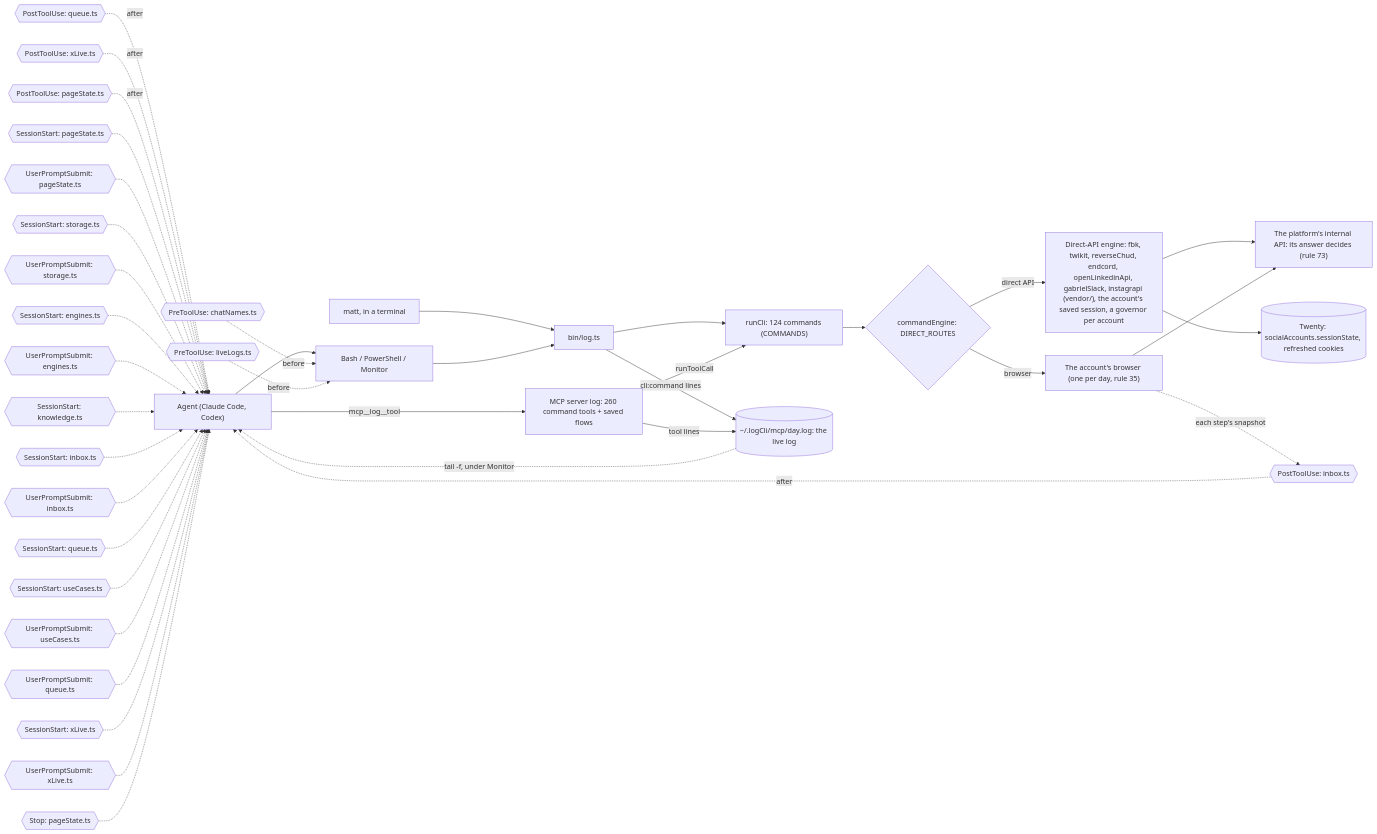
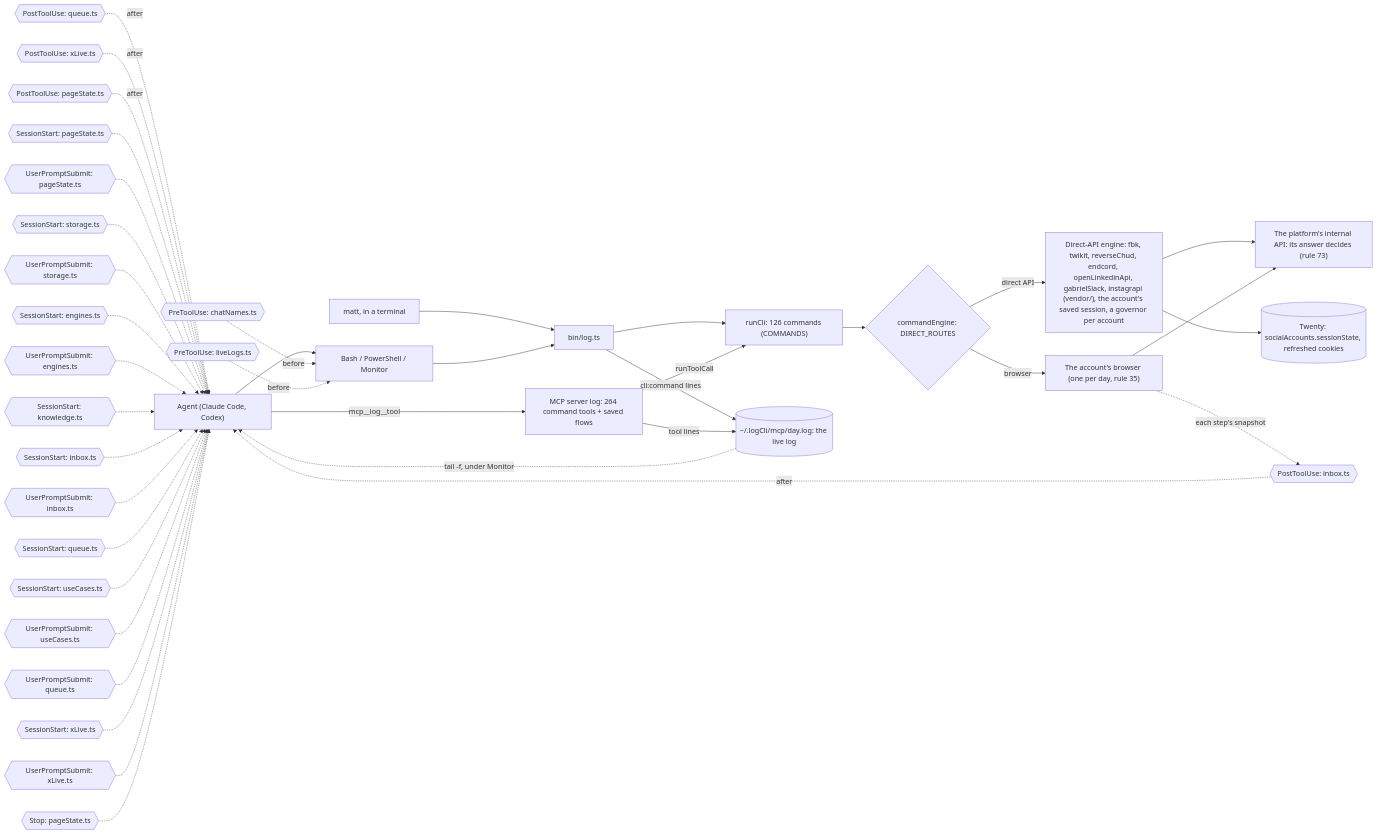
One commit to matthewdonsemail-lab/log changed the third of 6 diagrams in docs/reference.md. Above: the diagram before and after it, drawn with Mermaid. The commit also changed other lines of this file and 76 other files, not shown here.

````diff
--- a/docs/reference.md
+++ b/docs/reference.md
@@ -203,53 +205,53 @@
 ```mermaid
 flowchart LR
   agent["Agent (Claude Code, Codex)"]
   matt["matt, in a terminal"]
   shell["Bash / PowerShell / Monitor"]
-  mcp["MCP server log: 260 command tools + saved flows"]
+  mcp["MCP server log: 264 command tools + saved flows"]
   bin["bin/log.ts"]
-  runCli["runCli: 124 commands (COMMANDS)"]
+  runCli["runCli: 126 commands (COMMANDS)"]
   live[("~/.logCli/mcp/day.log: the live log")]
   engine{"commandEngine: DIRECT_ROUTES"}
   direct["Direct-API engine: fbk, twikit, reverseChud, endcord, openLinkedinApi, gabrielSlack, instagrapi (vendor/), the account's saved session, a governor per account"]
   browser["The account's browser (one per day, rule 35)"]
   api["The platform's internal API: its answer decides (rule 73)"]
   twenty[("Twenty: socialAccounts.sessionState, refreshed cookies")]
   agent --> shell
   matt --> bin
   shell --> bin
   agent -->|mcp__log__tool| mcp
   bin --> runCli
   mcp -->|runToolCall| runCli
   runCli --> engine
   engine -->|direct API| direct
   engine -->|browser| browser
   direct --> api
   browser --> api
   direct --> twenty
   bin -->|cli:command lines| live
   mcp -->|tool lines| live
   live -.->|tail -f, under Monitor| agent
   pre0{{"PreToolUse: chatNames.ts"}} -.->|before| shell
   pre1{{"PreToolUse: liveLogs.ts"}} -.->|before| shell
   post0{{"PostToolUse: inbox.ts"}} -.->|after| agent
   post1{{"PostToolUse: queue.ts"}} -.->|after| agent
   post2{{"PostToolUse: xLive.ts"}} -.->|after| agent
   post3{{"PostToolUse: pageState.ts"}} -.->|after| agent
   turn0{{"SessionStart: pageState.ts"}} -.-> agent
   turn1{{"UserPromptSubmit: pageState.ts"}} -.-> agent
   turn2{{"SessionStart: storage.ts"}} -.-> agent
   turn3{{"UserPromptSubmit: storage.ts"}} -.-> agent
   turn4{{"SessionStart: engines.ts"}} -.-> agent
   turn5{{"UserPromptSubmit: engines.ts"}} -.-> agent
   turn6{{"SessionStart: knowledge.ts"}} -.-> agent
   turn7{{"SessionStart: inbox.ts"}} -.-> agent
   turn8{{"UserPromptSubmit: inbox.ts"}} -.-> agent
   turn9{{"SessionStart: queue.ts"}} -.-> agent
   turn10{{"SessionStart: useCases.ts"}} -.-> agent
   turn11{{"UserPromptSubmit: useCases.ts"}} -.-> agent
   turn12{{"UserPromptSubmit: queue.ts"}} -.-> agent
   turn13{{"SessionStart: xLive.ts"}} -.-> agent
   turn14{{"UserPromptSubmit: xLive.ts"}} -.-> agent
   turn15{{"Stop: pageState.ts"}} -.-> agent
   browser -.->|each step's snapshot| post0
 ```
````
